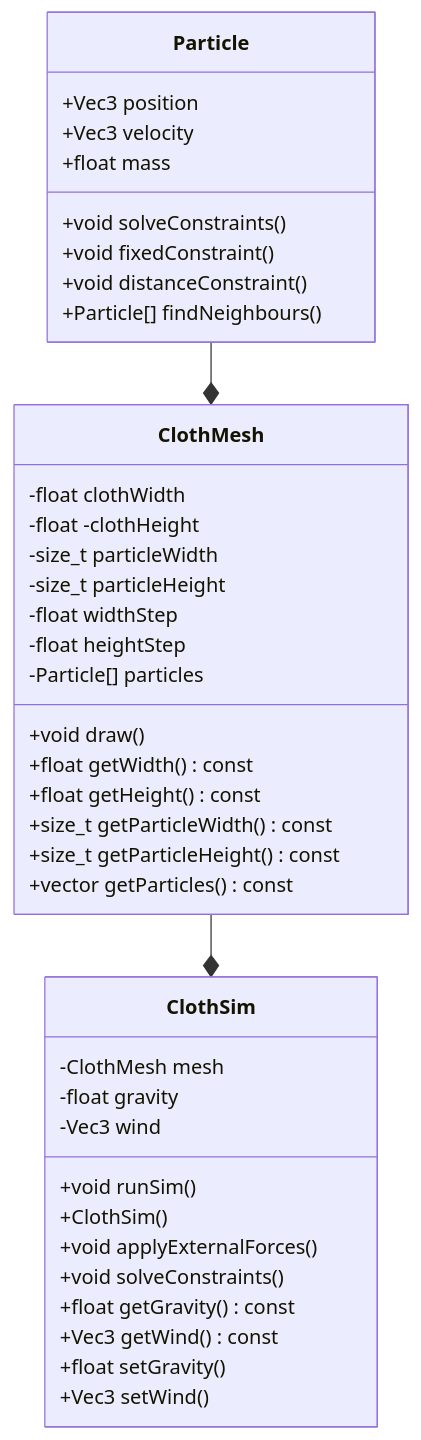
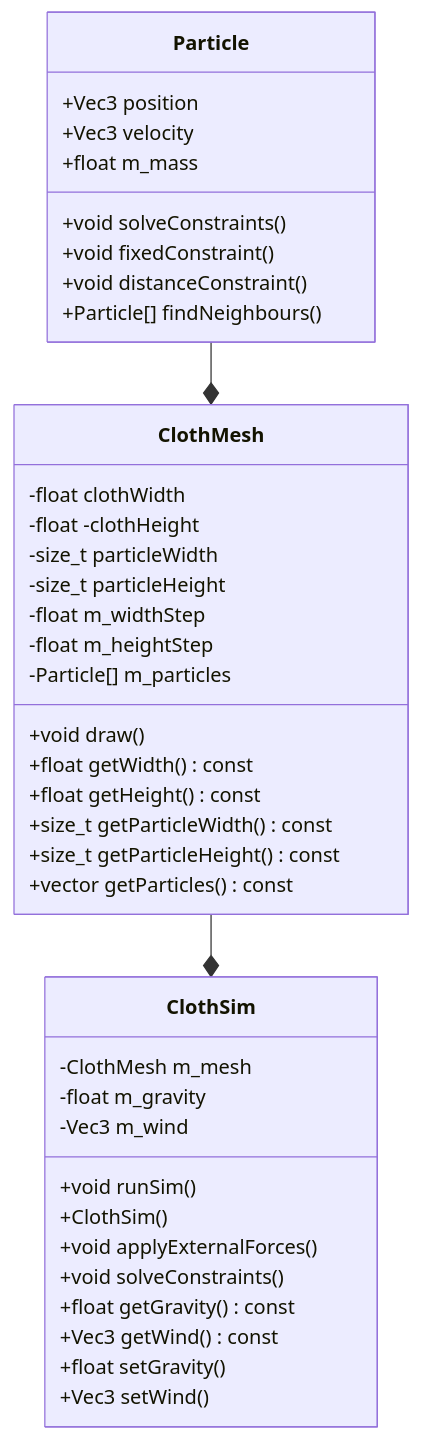
Before and after one commit to NCCA/ase-assignment-jack3761: the diagram in README.md, drawn with Mermaid. The commit also changed other lines of this file and 13 other files, not shown here.

````diff
--- a/README.md
+++ b/README.md
@@ -13,50 +13,50 @@
 ```mermaid
 classDiagram
 
 
 Particle --* ClothMesh
 ClothMesh --* ClothSim
 
 
    class Particle{
      +Vec3 position
      +Vec3 velocity
-     +float mass
+     +float m_mass
      +void solveConstraints()
      +void fixedConstraint()
      +void distanceConstraint()
      +Particle[] findNeighbours()
    }
    class ClothMesh{
      -float clothWidth
      -float -clothHeight
      -size_t particleWidth
      -size_t particleHeight
-     -float widthStep
-     -float heightStep
-     -Particle[] particles
+     -float m_widthStep
+     -float m_heightStep
+     -Particle[] m_particles
      +void draw()
      +float getWidth() const
      +float getHeight() const
      +size_t getParticleWidth() const
      +size_t getParticleHeight() const
      +vector getParticles() const     
    }
 
 
    class ClothSim{
-     -ClothMesh mesh
-     -float gravity
-     -Vec3 wind
+     -ClothMesh m_mesh
+     -float m_gravity
+     -Vec3 m_wind
      +void runSim()
      +ClothSim()
      +void applyExternalForces()
      +void solveConstraints()     
      +float getGravity() const
      +Vec3 getWind() const
      +float setGravity()
      +Vec3 setWind()
    }
 
 
 ```
````
